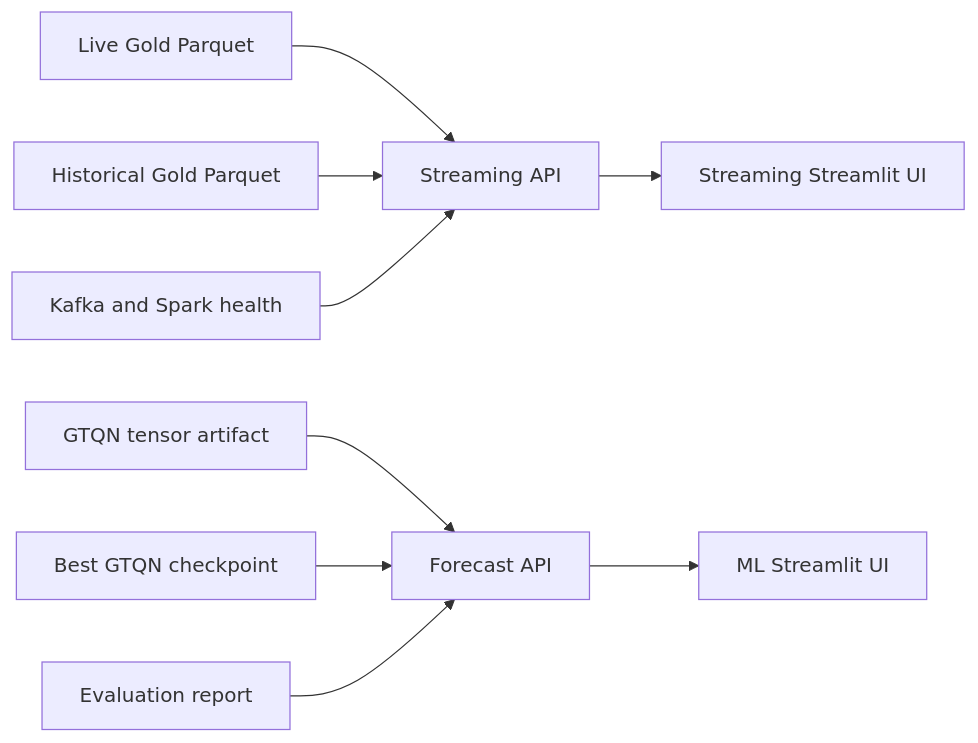
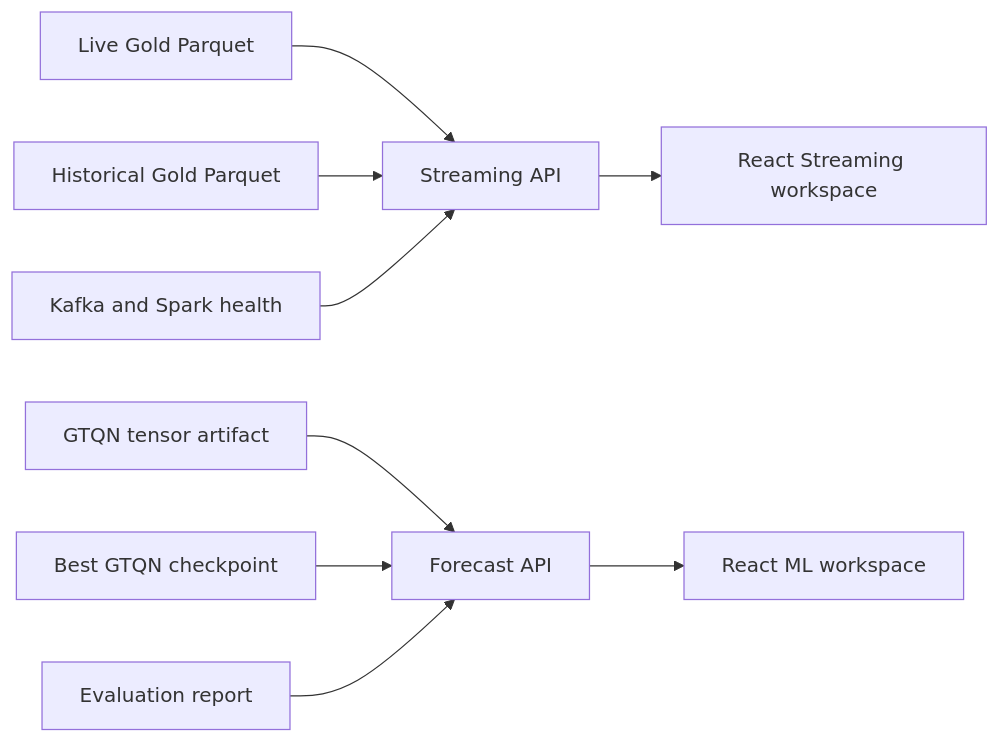
The diagram in docs/superpowers/specs/2026-09-20-two-viewpoint-urbanflow-ui-design.md (Vinhhoang-1312/Bigdata-lab), drawn with Mermaid before and after one commit. The commit also changed other lines of this file and 31 other files, not shown here.

Commit message:
wip(ui): add React streaming and ML workspaces with verified APIs

````diff
--- a/docs/superpowers/specs/2026-09-20-two-viewpoint-urbanflow-ui-design.md
+++ b/docs/superpowers/specs/2026-09-20-two-viewpoint-urbanflow-ui-design.md
@@ -41,12 +40,12 @@
 ```mermaid
 flowchart LR
     LG[Live Gold Parquet] --> SA[Streaming API]
     HG[Historical Gold Parquet] --> SA
     KH[Kafka and Spark health] --> SA
-    SA --> SUI[Streaming Streamlit UI]
+    SA --> SUI[React Streaming workspace]
 
     TA[GTQN tensor artifact] --> MA[Forecast API]
     CP[Best GTQN checkpoint] --> MA
     ER[Evaluation report] --> MA
-    MA --> MUI[ML Streamlit UI]
+    MA --> MUI[React ML workspace]
 ```
````
